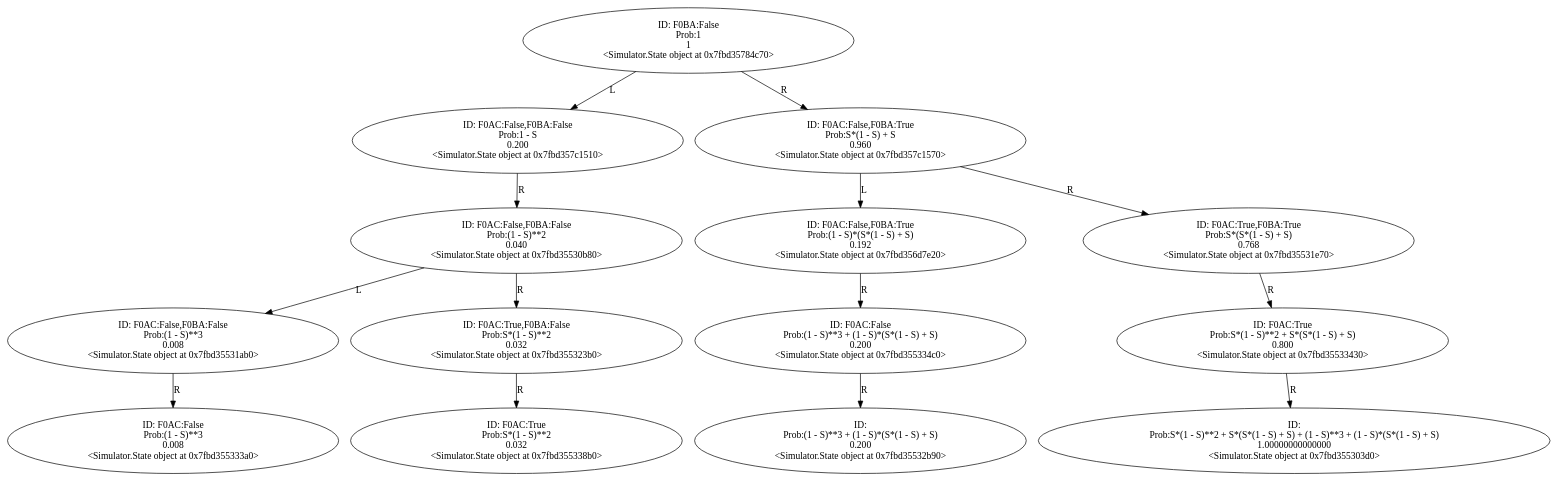
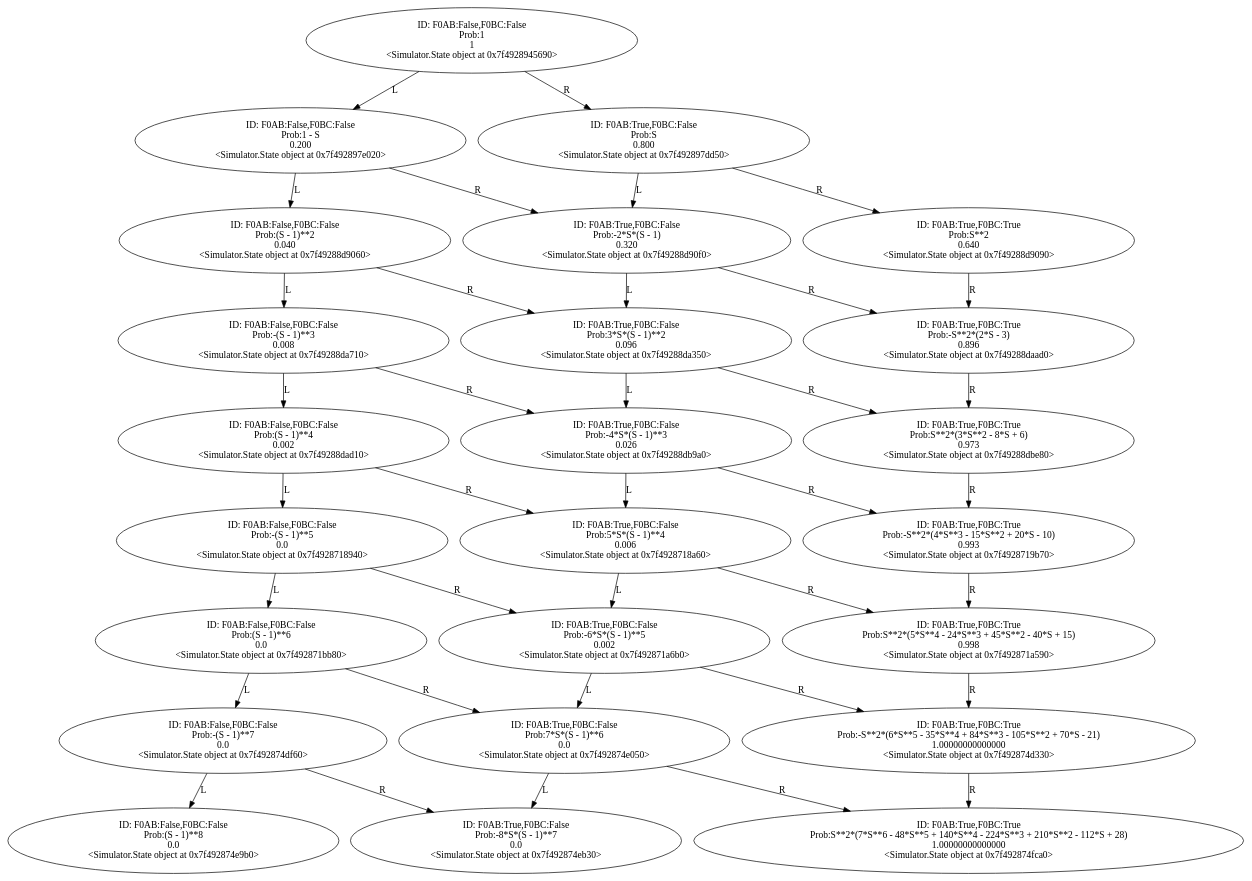
The diagram in Output/Digraph.gv (YasinBoloorchi/WARP-Simulator), drawn with Graphviz before and after one commit. The commit also changed 12 other files, not shown here.

Commit message:
Completely added graph visualizer

```diff
--- a/Output/Digraph.gv
+++ b/Output/Digraph.gv
@@ -1,71 +1,134 @@
 digraph "./Output/Digraph" {
-	<Simulator.State object at 0x7fbd35784c70> [label="ID: F0BA:False
+	<Simulator.State object at 0x7f4928945690> [label="ID: F0AB:False,F0BC:False
 Prob:1
 1
-<Simulator.State object at 0x7fbd35784c70>"]
-	<Simulator.State object at 0x7fbd35784c70> -> <Simulator.State object at 0x7fbd357c1510> [label=L]
-	<Simulator.State object at 0x7fbd35784c70> -> <Simulator.State object at 0x7fbd357c1570> [label=R]
-	<Simulator.State object at 0x7fbd357c1510> [label="ID: F0AC:False,F0BA:False
+<Simulator.State object at 0x7f4928945690>"]
+	<Simulator.State object at 0x7f4928945690> -> <Simulator.State object at 0x7f492897e020> [label=L]
+	<Simulator.State object at 0x7f4928945690> -> <Simulator.State object at 0x7f492897dd50> [label=R]
+	<Simulator.State object at 0x7f492897e020> [label="ID: F0AB:False,F0BC:False
 Prob:1 - S
 0.200
-<Simulator.State object at 0x7fbd357c1510>"]
-	<Simulator.State object at 0x7fbd357c1510> -> <Simulator.State object at 0x7fbd35530b80> [label=R]
-	<Simulator.State object at 0x7fbd357c1570> [label="ID: F0AC:False,F0BA:True
-Prob:S*(1 - S) + S
-0.960
-<Simulator.State object at 0x7fbd357c1570>"]
-	<Simulator.State object at 0x7fbd357c1570> -> <Simulator.State object at 0x7fbd356d7e20> [label=L]
-	<Simulator.State object at 0x7fbd357c1570> -> <Simulator.State object at 0x7fbd35531e70> [label=R]
-	<Simulator.State object at 0x7fbd35530b80> [label="ID: F0AC:False,F0BA:False
-Prob:(1 - S)**2
+<Simulator.State object at 0x7f492897e020>"]
+	<Simulator.State object at 0x7f492897e020> -> <Simulator.State object at 0x7f49288d9060> [label=L]
+	<Simulator.State object at 0x7f492897e020> -> <Simulator.State object at 0x7f49288d90f0> [label=R]
+	<Simulator.State object at 0x7f492897dd50> [label="ID: F0AB:True,F0BC:False
+Prob:S
+0.800
+<Simulator.State object at 0x7f492897dd50>"]
+	<Simulator.State object at 0x7f492897dd50> -> <Simulator.State object at 0x7f49288d90f0> [label=L]
+	<Simulator.State object at 0x7f492897dd50> -> <Simulator.State object at 0x7f49288d9090> [label=R]
+	<Simulator.State object at 0x7f49288d9060> [label="ID: F0AB:False,F0BC:False
+Prob:(S - 1)**2
 0.040
-<Simulator.State object at 0x7fbd35530b80>"]
-	<Simulator.State object at 0x7fbd35530b80> -> <Simulator.State object at 0x7fbd35531ab0> [label=L]
-	<Simulator.State object at 0x7fbd35530b80> -> <Simulator.State object at 0x7fbd355323b0> [label=R]
-	<Simulator.State object at 0x7fbd356d7e20> [label="ID: F0AC:False,F0BA:True
-Prob:(1 - S)*(S*(1 - S) + S)
-0.192
-<Simulator.State object at 0x7fbd356d7e20>"]
-	<Simulator.State object at 0x7fbd356d7e20> -> <Simulator.State object at 0x7fbd355334c0> [label=R]
-	<Simulator.State object at 0x7fbd35531e70> [label="ID: F0AC:True,F0BA:True
-Prob:S*(S*(1 - S) + S)
-0.768
-<Simulator.State object at 0x7fbd35531e70>"]
-	<Simulator.State object at 0x7fbd35531e70> -> <Simulator.State object at 0x7fbd35533430> [label=R]
-	<Simulator.State object at 0x7fbd35531ab0> [label="ID: F0AC:False,F0BA:False
-Prob:(1 - S)**3
+<Simulator.State object at 0x7f49288d9060>"]
+	<Simulator.State object at 0x7f49288d9060> -> <Simulator.State object at 0x7f49288da710> [label=L]
+	<Simulator.State object at 0x7f49288d9060> -> <Simulator.State object at 0x7f49288da350> [label=R]
+	<Simulator.State object at 0x7f49288d90f0> [label="ID: F0AB:True,F0BC:False
+Prob:-2*S*(S - 1)
+0.320
+<Simulator.State object at 0x7f49288d90f0>"]
+	<Simulator.State object at 0x7f49288d90f0> -> <Simulator.State object at 0x7f49288da350> [label=L]
+	<Simulator.State object at 0x7f49288d90f0> -> <Simulator.State object at 0x7f49288daad0> [label=R]
+	<Simulator.State object at 0x7f49288d9090> [label="ID: F0AB:True,F0BC:True
+Prob:S**2
+0.640
+<Simulator.State object at 0x7f49288d9090>"]
+	<Simulator.State object at 0x7f49288d9090> -> <Simulator.State object at 0x7f49288daad0> [label=R]
+	<Simulator.State object at 0x7f49288da710> [label="ID: F0AB:False,F0BC:False
+Prob:-(S - 1)**3
 0.008
-<Simulator.State object at 0x7fbd35531ab0>"]
-	<Simulator.State object at 0x7fbd35531ab0> -> <Simulator.State object at 0x7fbd355333a0> [label=R]
-	<Simulator.State object at 0x7fbd355323b0> [label="ID: F0AC:True,F0BA:False
-Prob:S*(1 - S)**2
-0.032
-<Simulator.State object at 0x7fbd355323b0>"]
-	<Simulator.State object at 0x7fbd355323b0> -> <Simulator.State object at 0x7fbd355338b0> [label=R]
-	<Simulator.State object at 0x7fbd355334c0> [label="ID: F0AC:False
-Prob:(1 - S)**3 + (1 - S)*(S*(1 - S) + S)
-0.200
-<Simulator.State object at 0x7fbd355334c0>"]
-	<Simulator.State object at 0x7fbd355334c0> -> <Simulator.State object at 0x7fbd35532b90> [label=R]
-	<Simulator.State object at 0x7fbd35533430> [label="ID: F0AC:True
-Prob:S*(1 - S)**2 + S*(S*(1 - S) + S)
-0.800
-<Simulator.State object at 0x7fbd35533430>"]
-	<Simulator.State object at 0x7fbd35533430> -> <Simulator.State object at 0x7fbd355303d0> [label=R]
-	<Simulator.State object at 0x7fbd355333a0> [label="ID: F0AC:False
-Prob:(1 - S)**3
-0.008
-<Simulator.State object at 0x7fbd355333a0>"]
-	<Simulator.State object at 0x7fbd355338b0> [label="ID: F0AC:True
-Prob:S*(1 - S)**2
-0.032
-<Simulator.State object at 0x7fbd355338b0>"]
-	<Simulator.State object at 0x7fbd35532b90> [label="ID: 
-Prob:(1 - S)**3 + (1 - S)*(S*(1 - S) + S)
-0.200
-<Simulator.State object at 0x7fbd35532b90>"]
-	<Simulator.State object at 0x7fbd355303d0> [label="ID: 
-Prob:S*(1 - S)**2 + S*(S*(1 - S) + S) + (1 - S)**3 + (1 - S)*(S*(1 - S) + S)
+<Simulator.State object at 0x7f49288da710>"]
+	<Simulator.State object at 0x7f49288da710> -> <Simulator.State object at 0x7f49288dad10> [label=L]
+	<Simulator.State object at 0x7f49288da710> -> <Simulator.State object at 0x7f49288db9a0> [label=R]
+	<Simulator.State object at 0x7f49288da350> [label="ID: F0AB:True,F0BC:False
+Prob:3*S*(S - 1)**2
+0.096
+<Simulator.State object at 0x7f49288da350>"]
+	<Simulator.State object at 0x7f49288da350> -> <Simulator.State object at 0x7f49288db9a0> [label=L]
+	<Simulator.State object at 0x7f49288da350> -> <Simulator.State object at 0x7f49288dbe80> [label=R]
+	<Simulator.State object at 0x7f49288daad0> [label="ID: F0AB:True,F0BC:True
+Prob:-S**2*(2*S - 3)
+0.896
+<Simulator.State object at 0x7f49288daad0>"]
+	<Simulator.State object at 0x7f49288daad0> -> <Simulator.State object at 0x7f49288dbe80> [label=R]
+	<Simulator.State object at 0x7f49288dad10> [label="ID: F0AB:False,F0BC:False
+Prob:(S - 1)**4
+0.002
+<Simulator.State object at 0x7f49288dad10>"]
+	<Simulator.State object at 0x7f49288dad10> -> <Simulator.State object at 0x7f4928718940> [label=L]
+	<Simulator.State object at 0x7f49288dad10> -> <Simulator.State object at 0x7f4928718a60> [label=R]
+	<Simulator.State object at 0x7f49288db9a0> [label="ID: F0AB:True,F0BC:False
+Prob:-4*S*(S - 1)**3
+0.026
+<Simulator.State object at 0x7f49288db9a0>"]
+	<Simulator.State object at 0x7f49288db9a0> -> <Simulator.State object at 0x7f4928718a60> [label=L]
+	<Simulator.State object at 0x7f49288db9a0> -> <Simulator.State object at 0x7f4928719b70> [label=R]
+	<Simulator.State object at 0x7f49288dbe80> [label="ID: F0AB:True,F0BC:True
+Prob:S**2*(3*S**2 - 8*S + 6)
+0.973
+<Simulator.State object at 0x7f49288dbe80>"]
+	<Simulator.State object at 0x7f49288dbe80> -> <Simulator.State object at 0x7f4928719b70> [label=R]
+	<Simulator.State object at 0x7f4928718940> [label="ID: F0AB:False,F0BC:False
+Prob:-(S - 1)**5
+0.0
+<Simulator.State object at 0x7f4928718940>"]
+	<Simulator.State object at 0x7f4928718940> -> <Simulator.State object at 0x7f492871bb80> [label=L]
+	<Simulator.State object at 0x7f4928718940> -> <Simulator.State object at 0x7f492871a6b0> [label=R]
+	<Simulator.State object at 0x7f4928718a60> [label="ID: F0AB:True,F0BC:False
+Prob:5*S*(S - 1)**4
+0.006
+<Simulator.State object at 0x7f4928718a60>"]
+	<Simulator.State object at 0x7f4928718a60> -> <Simulator.State object at 0x7f492871a6b0> [label=L]
+	<Simulator.State object at 0x7f4928718a60> -> <Simulator.State object at 0x7f492871a590> [label=R]
+	<Simulator.State object at 0x7f4928719b70> [label="ID: F0AB:True,F0BC:True
+Prob:-S**2*(4*S**3 - 15*S**2 + 20*S - 10)
+0.993
+<Simulator.State object at 0x7f4928719b70>"]
+	<Simulator.State object at 0x7f4928719b70> -> <Simulator.State object at 0x7f492871a590> [label=R]
+	<Simulator.State object at 0x7f492871bb80> [label="ID: F0AB:False,F0BC:False
+Prob:(S - 1)**6
+0.0
+<Simulator.State object at 0x7f492871bb80>"]
+	<Simulator.State object at 0x7f492871bb80> -> <Simulator.State object at 0x7f492874df60> [label=L]
+	<Simulator.State object at 0x7f492871bb80> -> <Simulator.State object at 0x7f492874e050> [label=R]
+	<Simulator.State object at 0x7f492871a6b0> [label="ID: F0AB:True,F0BC:False
+Prob:-6*S*(S - 1)**5
+0.002
+<Simulator.State object at 0x7f492871a6b0>"]
+	<Simulator.State object at 0x7f492871a6b0> -> <Simulator.State object at 0x7f492874e050> [label=L]
+	<Simulator.State object at 0x7f492871a6b0> -> <Simulator.State object at 0x7f492874d330> [label=R]
+	<Simulator.State object at 0x7f492871a590> [label="ID: F0AB:True,F0BC:True
+Prob:S**2*(5*S**4 - 24*S**3 + 45*S**2 - 40*S + 15)
+0.998
+<Simulator.State object at 0x7f492871a590>"]
+	<Simulator.State object at 0x7f492871a590> -> <Simulator.State object at 0x7f492874d330> [label=R]
+	<Simulator.State object at 0x7f492874df60> [label="ID: F0AB:False,F0BC:False
+Prob:-(S - 1)**7
+0.0
+<Simulator.State object at 0x7f492874df60>"]
+	<Simulator.State object at 0x7f492874df60> -> <Simulator.State object at 0x7f492874e9b0> [label=L]
+	<Simulator.State object at 0x7f492874df60> -> <Simulator.State object at 0x7f492874eb30> [label=R]
+	<Simulator.State object at 0x7f492874e050> [label="ID: F0AB:True,F0BC:False
+Prob:7*S*(S - 1)**6
+0.0
+<Simulator.State object at 0x7f492874e050>"]
+	<Simulator.State object at 0x7f492874e050> -> <Simulator.State object at 0x7f492874eb30> [label=L]
+	<Simulator.State object at 0x7f492874e050> -> <Simulator.State object at 0x7f492874fca0> [label=R]
+	<Simulator.State object at 0x7f492874d330> [label="ID: F0AB:True,F0BC:True
+Prob:-S**2*(6*S**5 - 35*S**4 + 84*S**3 - 105*S**2 + 70*S - 21)
 1.00000000000000
-<Simulator.State object at 0x7fbd355303d0>"]
+<Simulator.State object at 0x7f492874d330>"]
+	<Simulator.State object at 0x7f492874d330> -> <Simulator.State object at 0x7f492874fca0> [label=R]
+	<Simulator.State object at 0x7f492874e9b0> [label="ID: F0AB:False,F0BC:False
+Prob:(S - 1)**8
+0.0
+<Simulator.State object at 0x7f492874e9b0>"]
+	<Simulator.State object at 0x7f492874eb30> [label="ID: F0AB:True,F0BC:False
+Prob:-8*S*(S - 1)**7
+0.0
+<Simulator.State object at 0x7f492874eb30>"]
+	<Simulator.State object at 0x7f492874fca0> [label="ID: F0AB:True,F0BC:True
+Prob:S**2*(7*S**6 - 48*S**5 + 140*S**4 - 224*S**3 + 210*S**2 - 112*S + 28)
+1.00000000000000
+<Simulator.State object at 0x7f492874fca0>"]
 }
```
